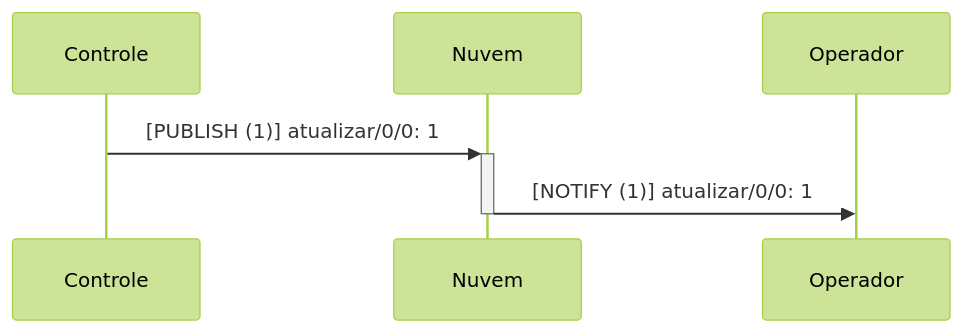
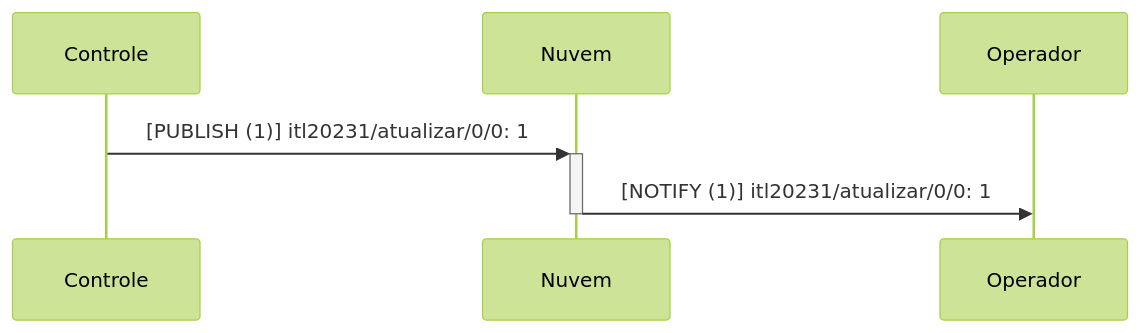
Before and after one commit to ederson-torresini/itl20231: the fifth of 5 diagrams in projeto-da-disciplina.md, drawn with Mermaid (forest theme). The commit also changed other lines of this file and 2 other files, not shown here.

Commit message:
Adicionar prefixo itl20231 aos tópicos MQTT

````diff
--- a/projeto-da-disciplina.md
+++ b/projeto-da-disciplina.md
@@ -109,5 +110,5 @@
 ```mermaid
 sequenceDiagram
-Controle ->>+ Nuvem: [PUBLISH (1)] atualizar/0/0: 1
-Nuvem ->>- Operador: [NOTIFY (1)] atualizar/0/0: 1
+Controle ->>+ Nuvem: [PUBLISH (1)] itl20231/atualizar/0/0: 1
+Nuvem ->>- Operador: [NOTIFY (1)] itl20231/atualizar/0/0: 1
 ```
````
